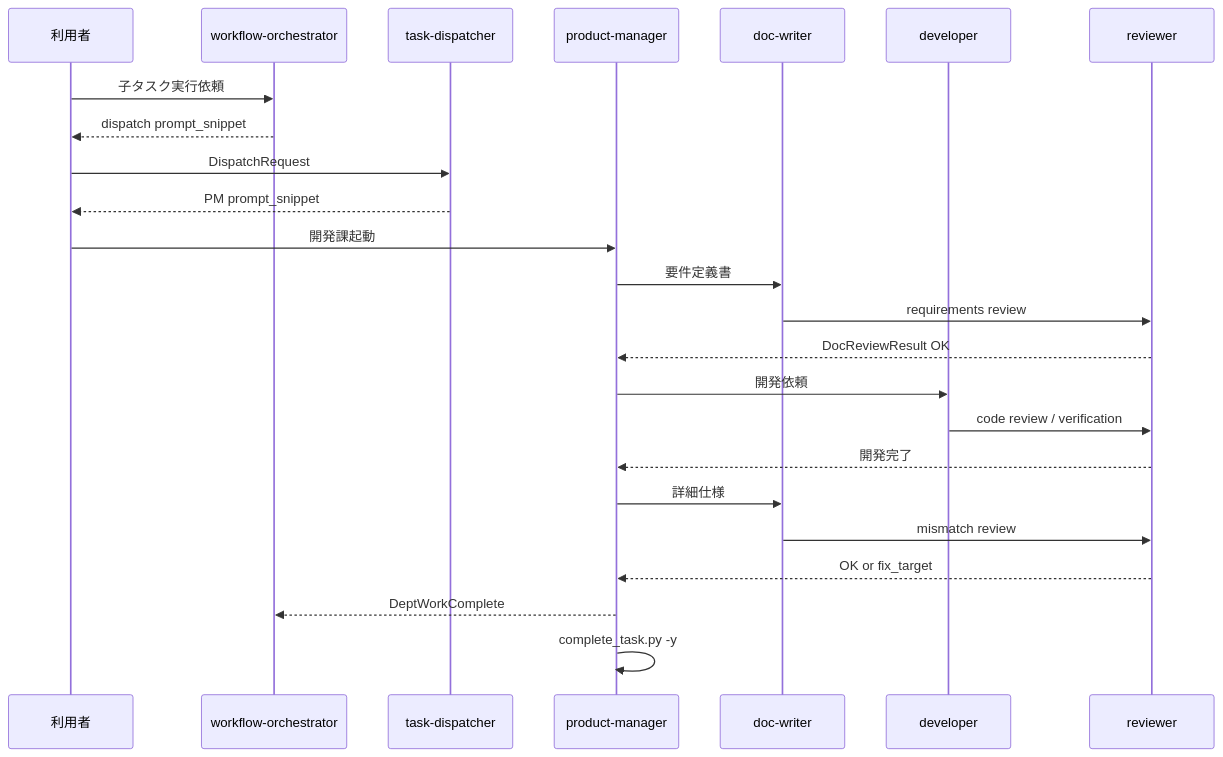
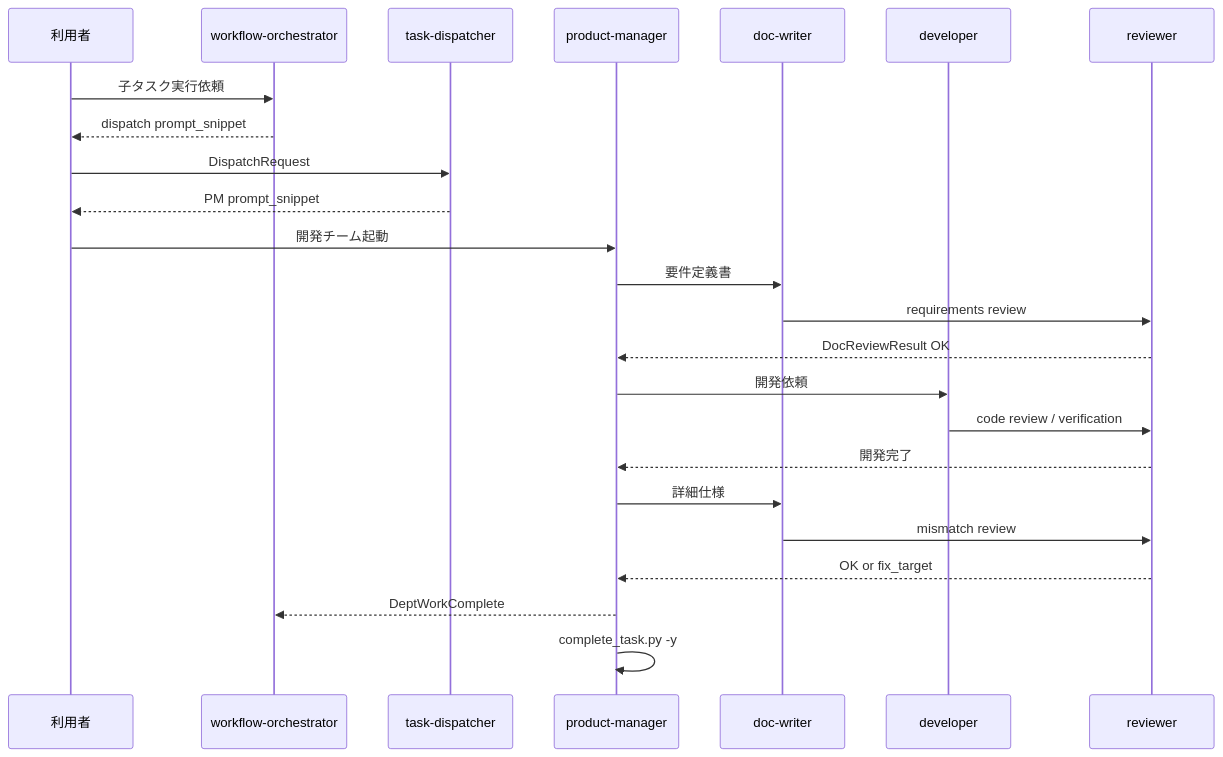
The third of 3 diagrams in output/development/specs/agent-composition-spec.md (shin16m/org-operations-agents), drawn with Mermaid before and after one commit. The commit also changed other lines of this file and 88 other files, not shown here.

````diff
--- a/output/development/specs/agent-composition-spec.md
+++ b/output/development/specs/agent-composition-spec.md
@@ -340,27 +322,27 @@
 ```mermaid
 sequenceDiagram
   participant U as 利用者
   participant O as workflow-orchestrator
   participant D as task-dispatcher
   participant PM as product-manager
   participant DW as doc-writer
   participant DV as developer
   participant RV as reviewer
 
   U->>O: 子タスク実行依頼
   O-->>U: dispatch prompt_snippet
   U->>D: DispatchRequest
   D-->>U: PM prompt_snippet
-  U->>PM: 開発課起動
+  U->>PM: 開発チーム起動
   PM->>DW: 要件定義書
   DW->>RV: requirements review
   RV-->>PM: DocReviewResult OK
   PM->>DV: 開発依頼
   DV->>RV: code review / verification
   RV-->>PM: 開発完了
   PM->>DW: 詳細仕様
   DW->>RV: mismatch review
   RV-->>PM: OK or fix_target
   PM-->>O: DeptWorkComplete
   PM->>PM: complete_task.py -y
 ```
````
